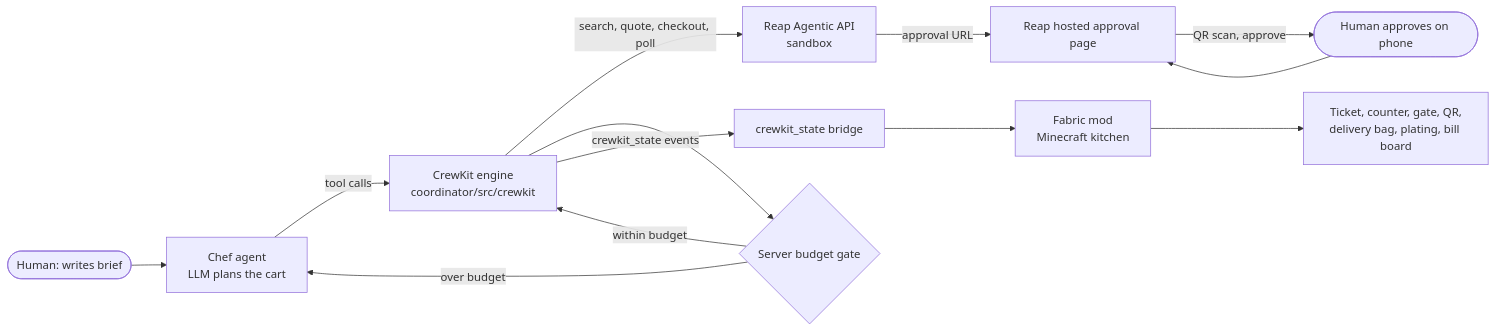
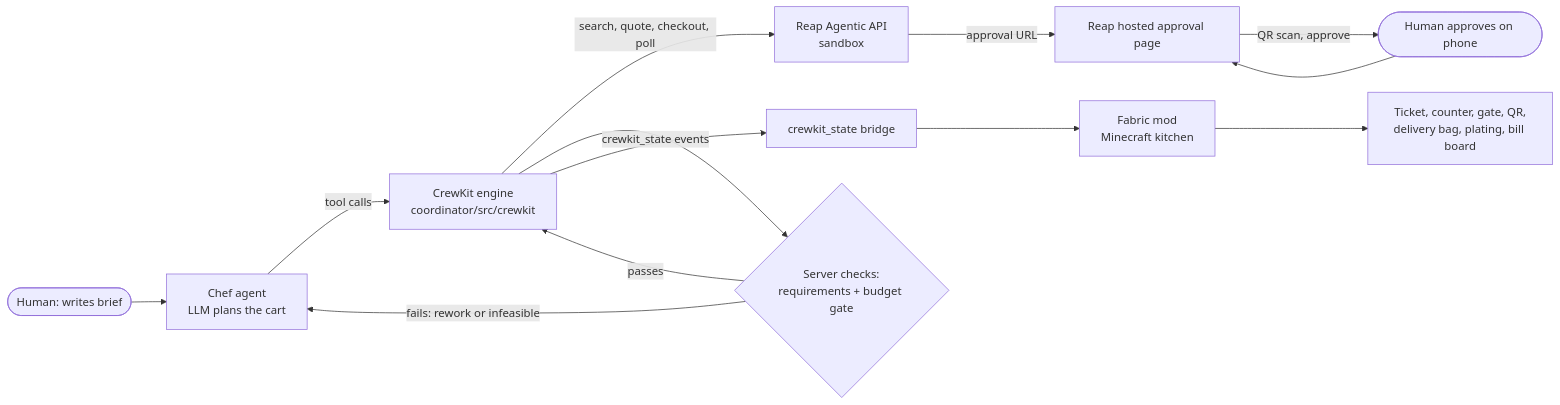
Before and after one commit to aGamingGod1234/crewkit-kitchen: the diagram in README.md, drawn with Mermaid. The commit also changed other lines of this file and 2 other files, not shown here.

Commit message:
docs: reframe around workshop organiser, two server checks, precise claims

````diff
--- a/README.md
+++ b/README.md
@@ -21,15 +34,15 @@
 ```mermaid
 flowchart LR
     Human([Human: writes brief]) --> Chef[Chef agent<br/>LLM plans the cart]
     Chef -->|tool calls| Engine[CrewKit engine<br/>coordinator/src/crewkit]
     Engine -->|search, quote, checkout, poll| Reap[Reap Agentic API<br/>sandbox]
-    Engine --> Gate{Server budget gate}
-    Gate -->|over budget| Chef
-    Gate -->|within budget| Engine
+    Engine --> Gate{Server checks:<br/>requirements + budget gate}
+    Gate -->|fails: rework or infeasible| Chef
+    Gate -->|passes| Engine
     Reap -->|approval URL| Page[Reap hosted approval page]
     Page -->|QR scan, approve| Human2([Human approves on phone])
     Human2 --> Page
     Engine -->|crewkit_state events| Bridge[crewkit_state bridge]
     Bridge --> Mod[Fabric mod<br/>Minecraft kitchen]
     Mod --> Room[Ticket, counter, gate, QR,<br/>delivery bag, plating, bill board]
 ```
````
